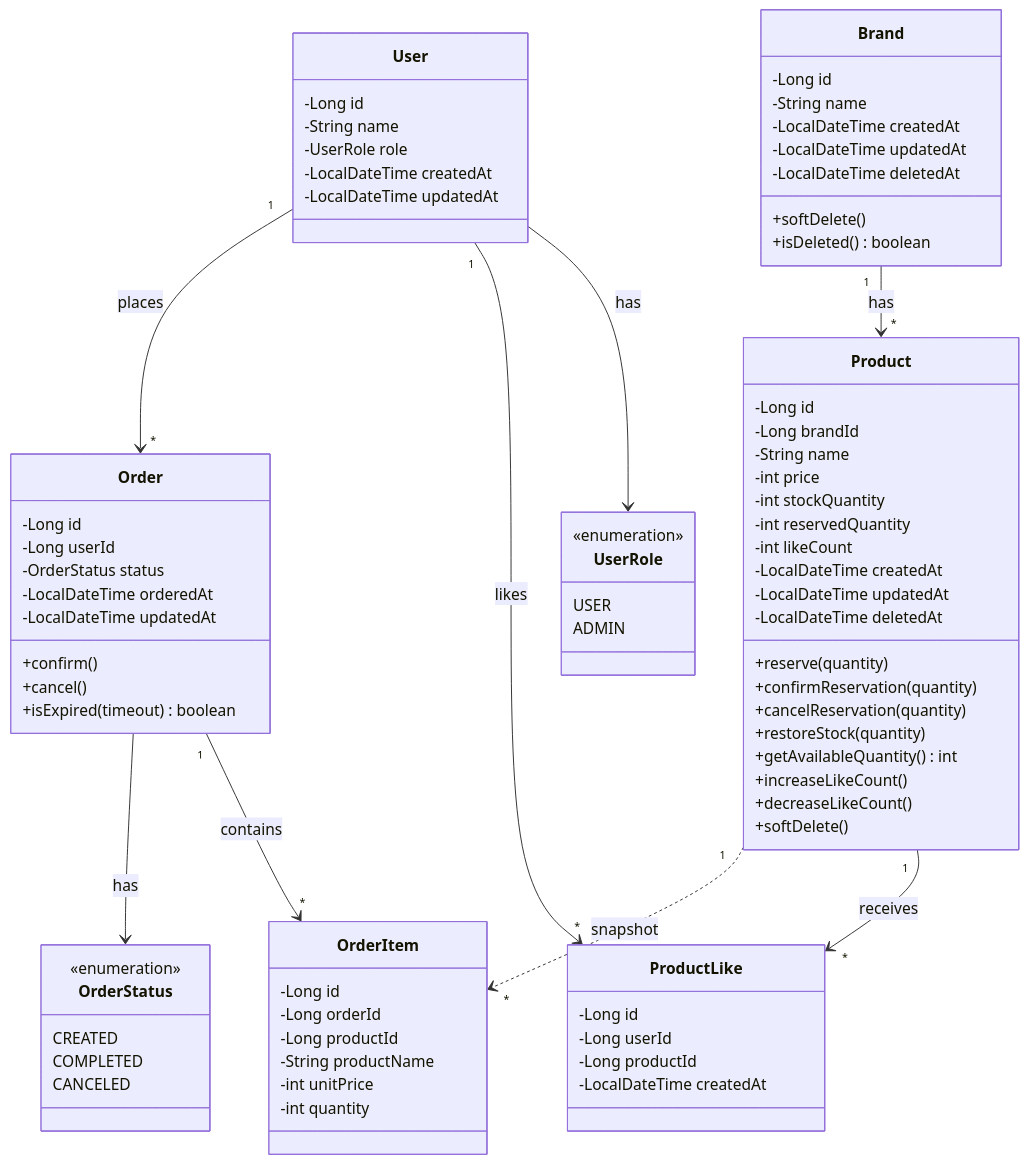
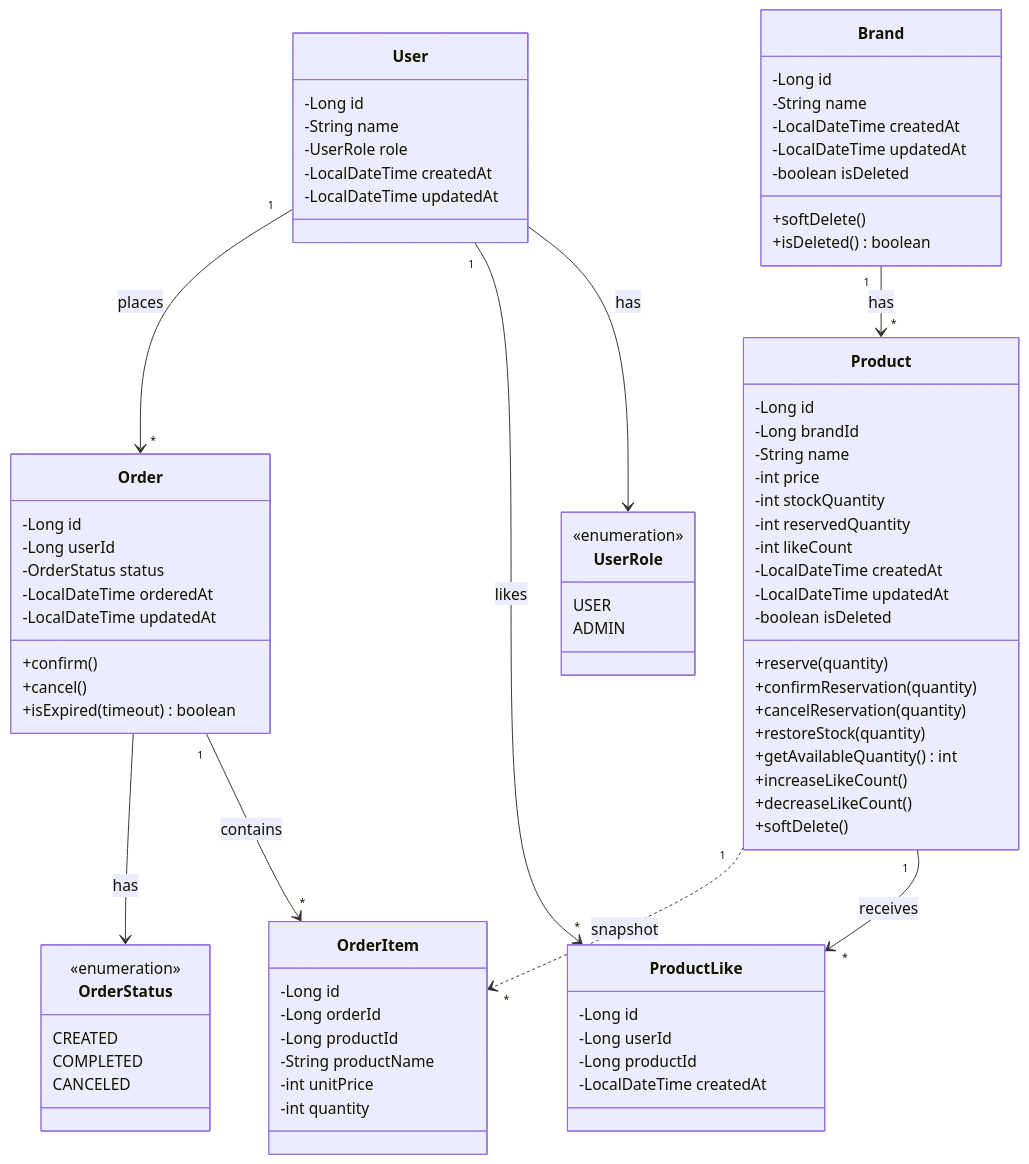
Before and after one commit to kimjunyoung90/loop-pack-be-l2-vol3-java: the diagram in docs/design/03-class-diagram.md, drawn with Mermaid. The commit also changed other lines of this file, not shown here.

Commit message:
docs: class diagram update

```diff
--- a/docs/design/03-class-diagram.md
+++ b/docs/design/03-class-diagram.md
@@ -23,7 +23,7 @@
         -String name
         -LocalDateTime createdAt
         -LocalDateTime updatedAt
-        -LocalDateTime deletedAt
+        -boolean isDeleted
         +softDelete()
         +isDeleted() boolean
     }
@@ -38,7 +38,7 @@
         -int likeCount
         -LocalDateTime createdAt
         -LocalDateTime updatedAt
-        -LocalDateTime deletedAt
+        -boolean isDeleted
         +reserve(quantity)
         +confirmReservation(quantity)
         +cancelReservation(quantity)
```
